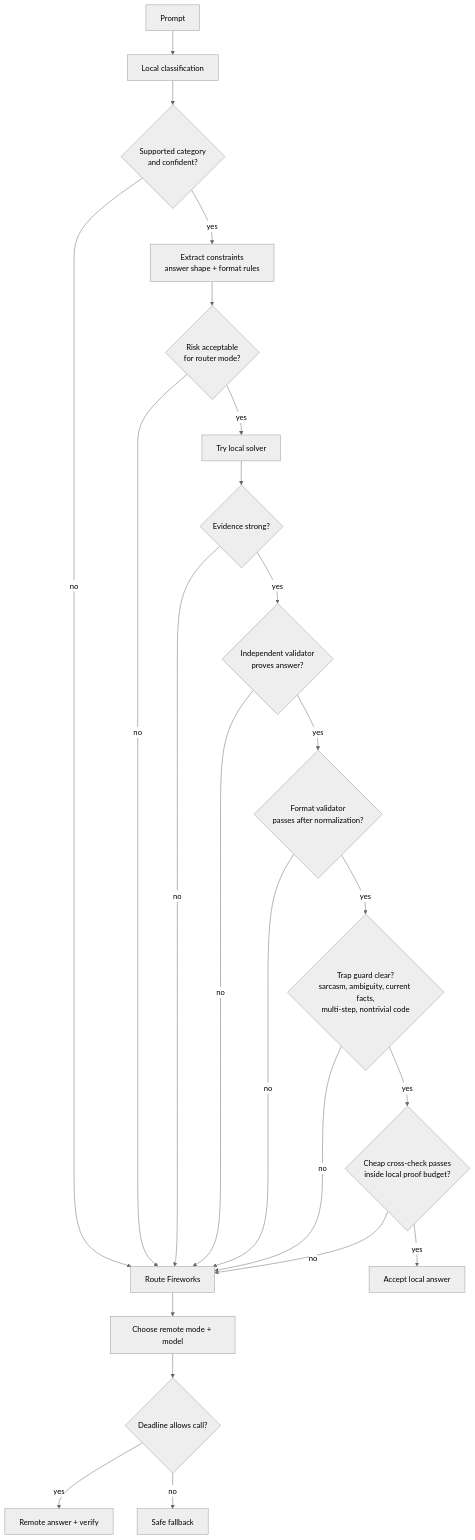
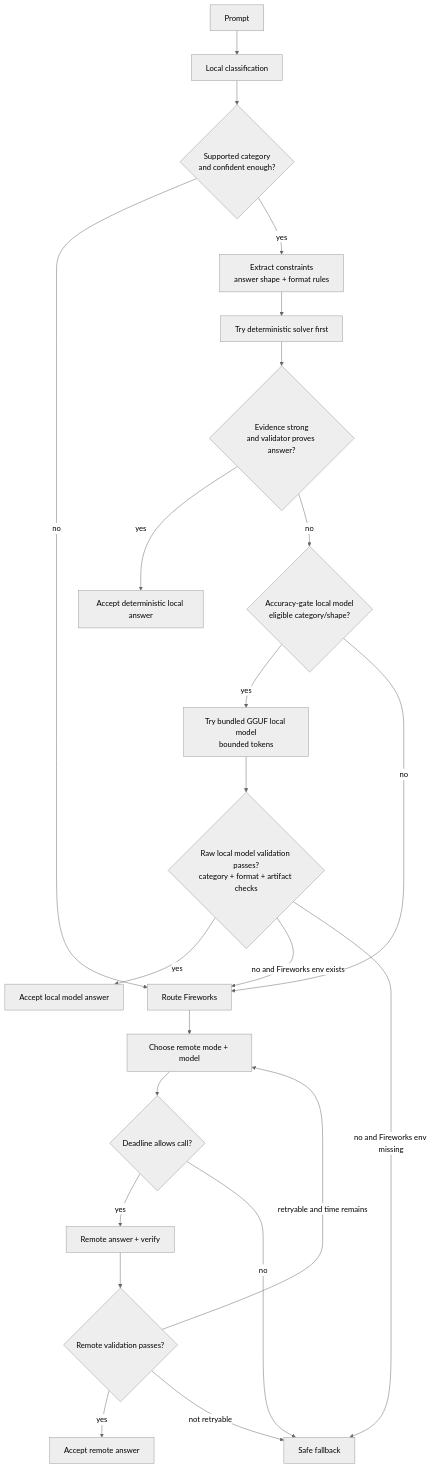
One commit to antoinemawad/juggernaut-router changed the second of 5 diagrams in docs/planned-architecture-diagram.md. Above: the diagram before and after it, drawn with Mermaid (neutral theme). The commit also changed other lines of this file, not shown here.

Commit message:
Update architecture diagram for local model routing

````diff
--- a/docs/planned-architecture-diagram.md
+++ b/docs/planned-architecture-diagram.md
@@ -71,25 +83,25 @@
 ```mermaid
 flowchart TD
     P[Prompt] --> C[Local classification]
-    C --> S{Supported category<br/>and confident?}
+    C --> S{Supported category<br/>and confident enough?}
     S -->|no| RF[Route Fireworks]
     S -->|yes| X[Extract constraints<br/>answer shape + format rules]
-    X --> R{Risk acceptable<br/>for router mode?}
-    R -->|no| RF
-    R -->|yes| L[Try local solver]
-    L --> E{Evidence strong?}
-    E -->|no| RF
-    E -->|yes| V{Independent validator<br/>proves answer?}
-    V -->|no| RF
-    V -->|yes| F{Format validator<br/>passes after normalization?}
-    F -->|no| RF
-    F -->|yes| T{Trap guard clear?<br/>sarcasm, ambiguity, current facts,<br/>multi-step, nontrivial code}
-    T -->|no| RF
-    T -->|yes| K{Cheap cross-check passes<br/>inside local proof budget?}
-    K -->|no| RF
-    K -->|yes| LA[Accept local answer]
+    X --> L[Try deterministic solver first]
+    L --> E{Evidence strong<br/>and validator proves answer?}
+    E -->|yes| LA[Accept deterministic local answer]
+    E -->|no| G{Accuracy-gate local model<br/>eligible category/shape?}
+    G -->|yes| LM[Try bundled GGUF local model<br/>bounded tokens]
+    G -->|no| RF
+    LM --> LV{Raw local model validation passes?<br/>category + format + artifact checks}
+    LV -->|yes| LMA[Accept local model answer]
+    LV -->|no and Fireworks env exists| RF
+    LV -->|no and Fireworks env missing| FB[Safe fallback]
     RF --> M[Choose remote mode + model]
     M --> D{Deadline allows call?}
     D -->|yes| RA[Remote answer + verify]
-    D -->|no| FB[Safe fallback]
+    D -->|no| FB
+    RA --> RV{Remote validation passes?}
+    RV -->|yes| OUT[Accept remote answer]
+    RV -->|retryable and time remains| M
+    RV -->|not retryable| FB
 ```
````
